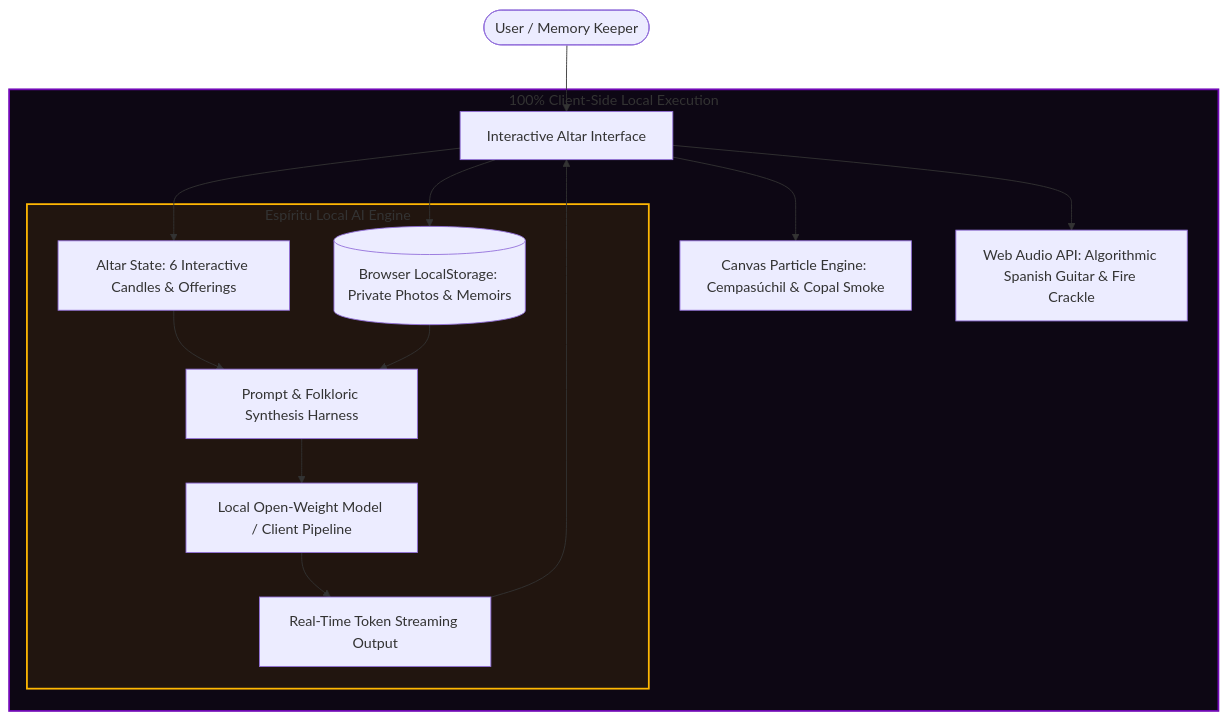
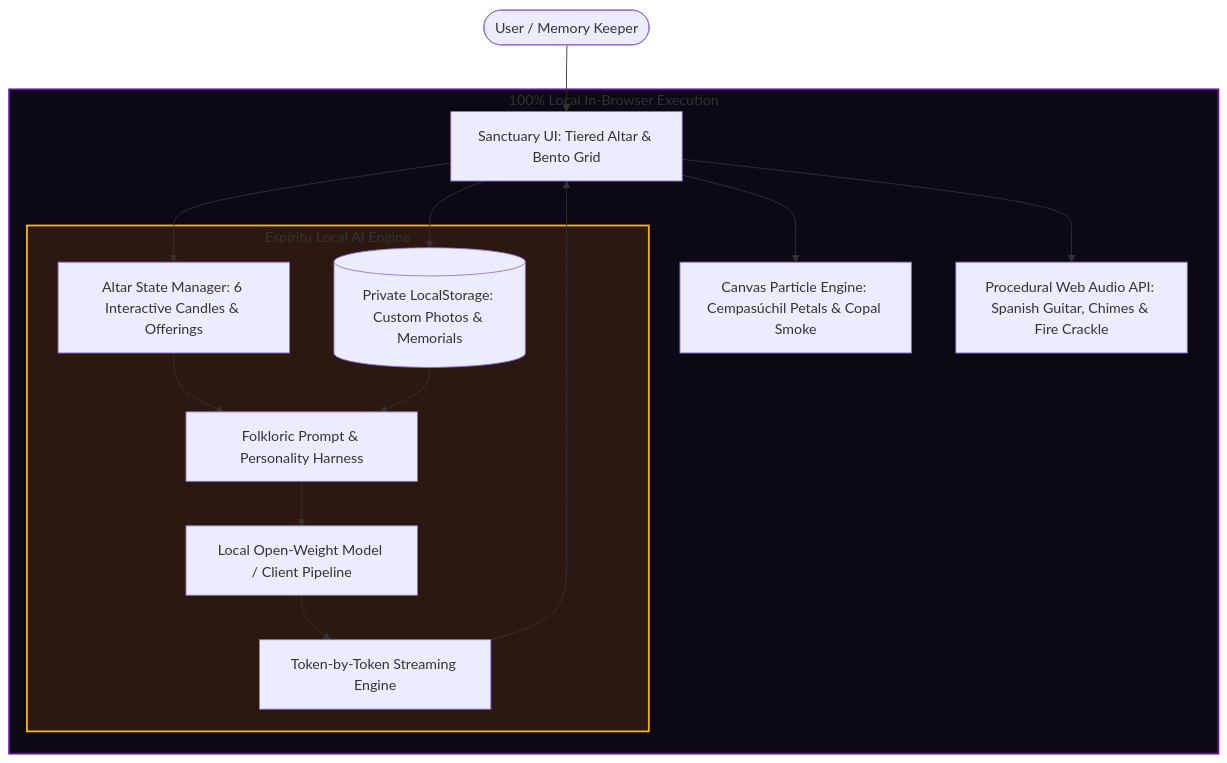
Before and after one commit to anshumansingh0408-hub/hbs: the diagram in DEV_POST.md, drawn with Mermaid. The commit also changed other lines of this file and 1 other file, not shown here.

````diff
--- a/DEV_POST.md
+++ b/DEV_POST.md
@@ -63,22 +49,22 @@
 ```mermaid
 graph TD
-    User([User / Memory Keeper]) --> UI[Interactive Altar Interface]
+    User([User / Memory Keeper]) --> UI[Sanctuary UI: Tiered Altar & Bento Grid]
 
-    subgraph Client_Browser [100% Client-Side Local Execution]
-        UI --> CanvasEngine[Canvas Particle Engine: Cempasúchil & Copal Smoke]
-        UI --> WebAudio[Web Audio API: Algorithmic Spanish Guitar & Fire Crackle]
-        UI --> AltarState[Altar State: 6 Interactive Candles & Offerings]
-        UI --> LocalStore[(Browser LocalStorage: Private Photos & Memoirs)]
+    subgraph Client_Sanctuary [100% Local In-Browser Execution]
+        UI --> PetalsEngine[Canvas Particle Engine: Cempasúchil Petals & Copal Smoke]
+        UI --> WebAudio[Procedural Web Audio API: Spanish Guitar, Chimes & Fire Crackle]
+        UI --> AltarState[Altar State Manager: 6 Interactive Candles & Offerings]
+        UI --> Storage[(Private LocalStorage: Custom Photos & Memorials)]
 
-        subgraph Open_AI_Oracle [Espíritu Local AI Engine]
-            AltarState --> AIHarness[Prompt & Folkloric Synthesis Harness]
-            LocalStore --> AIHarness
-            AIHarness --> OpenModel[Local Open-Weight Model / Client Pipeline]
-            OpenModel --> StreamingTypewriter[Real-Time Token Streaming Output]
+        subgraph Open_AI_Core [Espíritu Local AI Engine]
+            AltarState --> AIOrchestrator[Folkloric Prompt & Personality Harness]
+            Storage --> AIOrchestrator
+            AIOrchestrator --> LocalInference[Local Open-Weight Model / Client Pipeline]
+            LocalInference --> StreamingPipeline[Token-by-Token Streaming Engine]
         end
     end
 
-    StreamingTypewriter --> UI
-    style Open_AI_Oracle fill:#21150f,stroke:#ffb703,stroke-width:2px;
-    style Client_Browser fill:#0d0714,stroke:#7209b7,stroke-width:2px;
+    StreamingPipeline --> UI
+    style Open_AI_Core fill:#2b1810,stroke:#ffb703,stroke-width:2px;
+    style Client_Sanctuary fill:#0d0914,stroke:#7209b7,stroke-width:2px;
 ```
````
